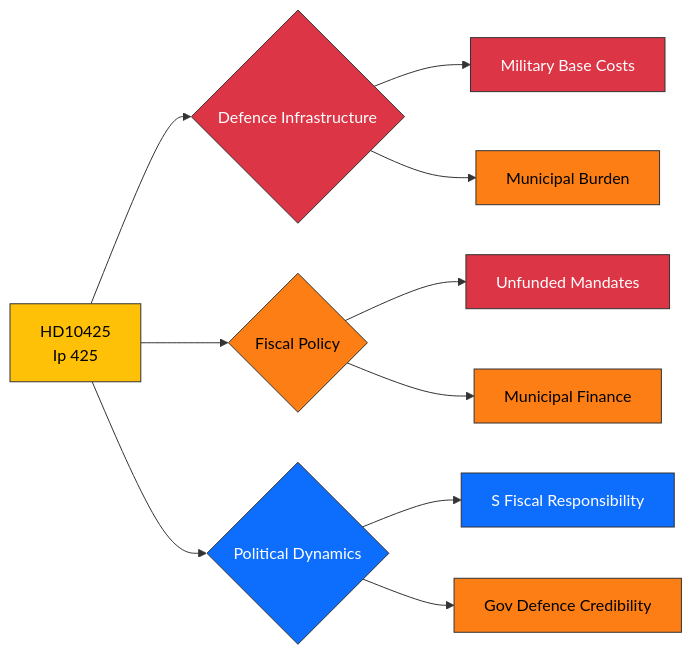
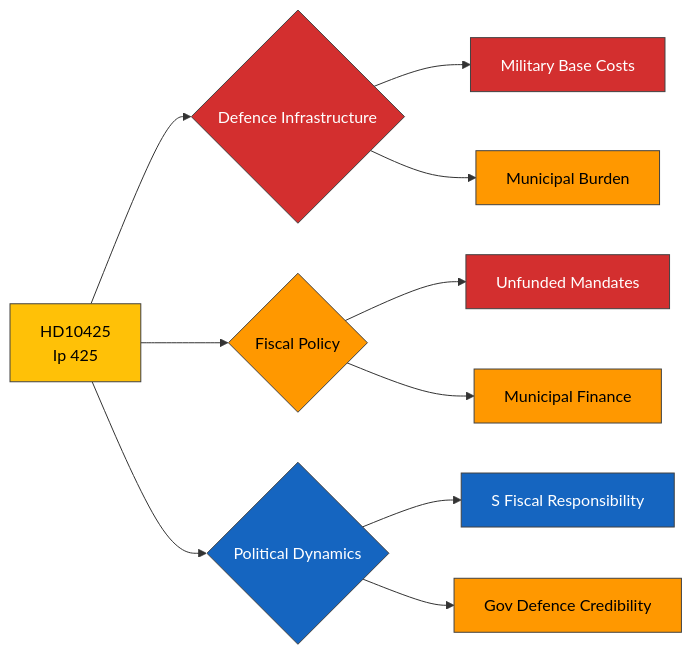
The diagram in analysis/daily/2026-03-31/documents/hd10425-analysis.md (Hack23/riksdagsmonitor), drawn with Mermaid before and after one commit. The commit also changed 785 other files, not shown here.

First line of the commit message:
Normalize mermaid colors across 786 analysis artifacts to ISMS Style Guide palette

````diff
--- a/analysis/daily/2026-03-31/documents/hd10425-analysis.md
+++ b/analysis/daily/2026-03-31/documents/hd10425-analysis.md
@@ -30,22 +30,22 @@
 ```mermaid
 graph LR
     A[HD10425<br/>Ip 425] --> B{Defence Infrastructure}
     B --> C[Military Base Costs]
     B --> D[Municipal Burden]
     A --> E{Fiscal Policy}
     E --> F[Unfunded Mandates]
     E --> G[Municipal Finance]
     A --> H{Political Dynamics}
     H --> I[S Fiscal Responsibility]
     H --> J[Gov Defence Credibility]
-    style A fill:#ffc107,stroke:#333,color:#000
-    style B fill:#dc3545,stroke:#333,color:#fff
-    style E fill:#fd7e14,stroke:#333,color:#000
-    style H fill:#0d6efd,stroke:#333,color:#fff
-    style C fill:#dc3545,stroke:#333,color:#fff
-    style D fill:#fd7e14,stroke:#333,color:#000
-    style F fill:#dc3545,stroke:#333,color:#fff
-    style G fill:#fd7e14,stroke:#333,color:#000
-    style I fill:#0d6efd,stroke:#333,color:#fff
-    style J fill:#fd7e14,stroke:#333,color:#000
+    style A fill:#FFC107,stroke:#424242,color:#000000
+    style B fill:#D32F2F,stroke:#424242,color:#FFFFFF
+    style E fill:#FF9800,stroke:#424242,color:#000000
+    style H fill:#1565C0,stroke:#424242,color:#FFFFFF
+    style C fill:#D32F2F,stroke:#424242,color:#FFFFFF
+    style D fill:#FF9800,stroke:#424242,color:#000000
+    style F fill:#D32F2F,stroke:#424242,color:#FFFFFF
+    style G fill:#FF9800,stroke:#424242,color:#000000
+    style I fill:#1565C0,stroke:#424242,color:#FFFFFF
+    style J fill:#FF9800,stroke:#424242,color:#000000
 ```
````
